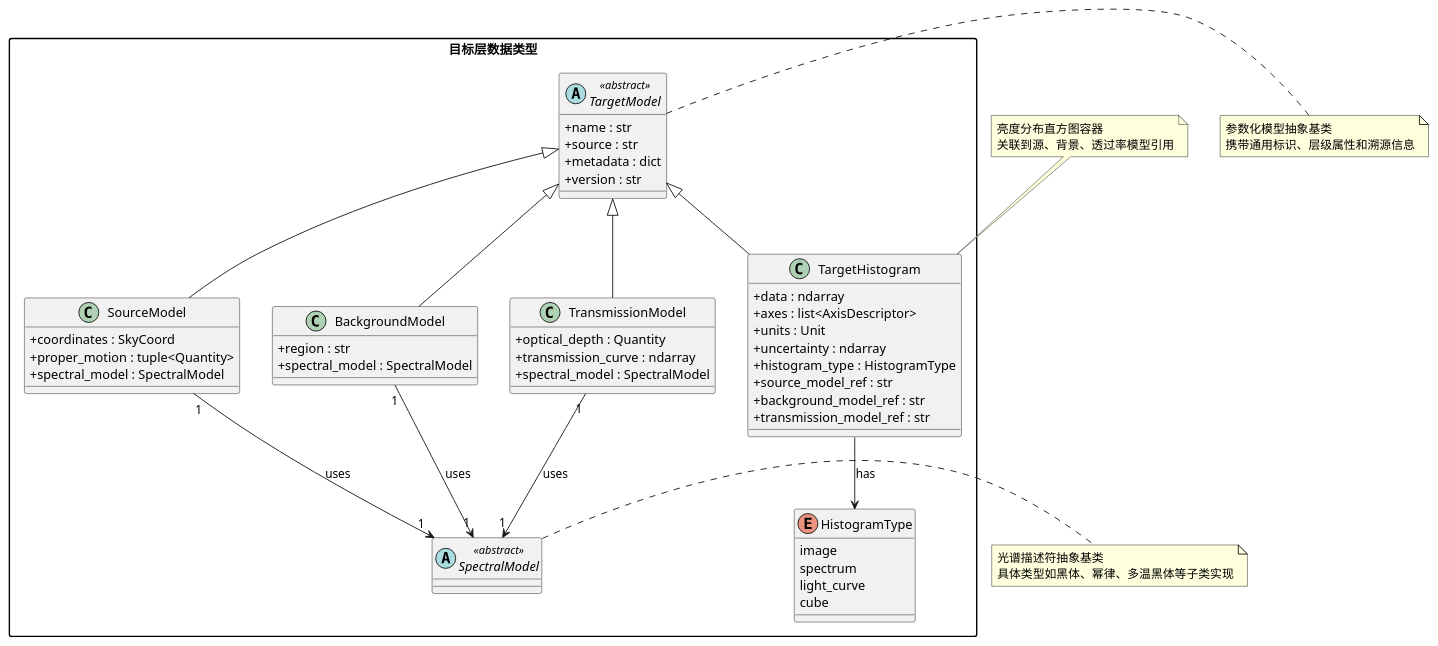
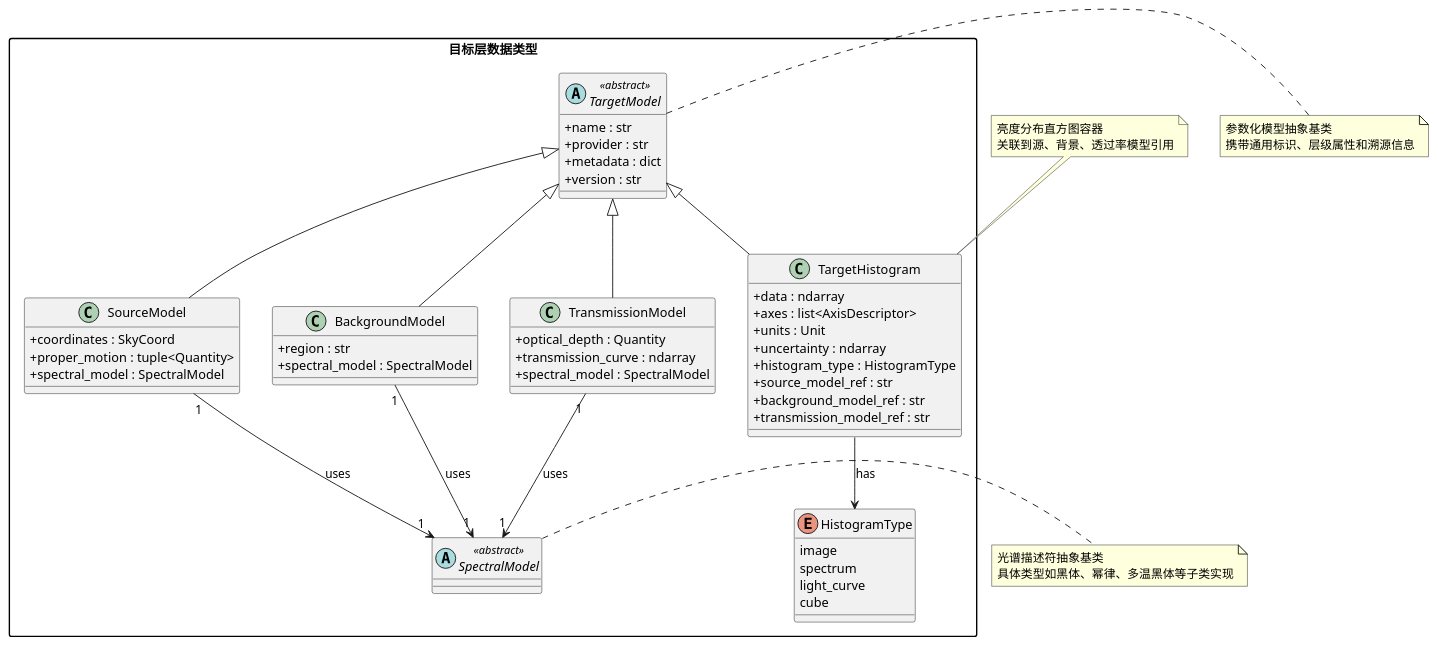
One commit to pigsboss/oasis changed the diagram in docs/diagrams/targets/classes.puml. Above: the diagram before and after it, drawn with PlantUML. The commit also changed 2 other files, not shown here.

Commit message:
refactor: rename TargetModel.source to provider for clarity

```diff
--- a/docs/diagrams/targets/classes.puml
+++ b/docs/diagrams/targets/classes.puml
@@ -1,78 +1,78 @@
 @startuml
 ' 目标层核心类图
 ' 基于 docs/guides/targets.md 4.1 数据类型定义
 
 skinparam classAttributeIconSize 0
 skinparam classFontStyle normal
 skinparam packageStyle rectangle
 
 package "目标层数据类型" {
 
     abstract class TargetModel <<abstract>> {
         + name : str
-        + source : str
+        + provider : str
         + metadata : dict
         + version : str
     }
 
     abstract class SpectralModel <<abstract>> {
     }
 
     class SourceModel extends TargetModel {
         + coordinates : SkyCoord
         + proper_motion : tuple<Quantity>
         + spectral_model : SpectralModel
     }
 
     class BackgroundModel extends TargetModel {
         + region : str
         + spectral_model : SpectralModel
     }
 
     class TransmissionModel extends TargetModel {
         + optical_depth : Quantity
         + transmission_curve : ndarray
         + spectral_model : SpectralModel
     }
 
     class TargetHistogram extends TargetModel {
         + data : ndarray
         + axes : list<AxisDescriptor>
         + units : Unit
         + uncertainty : ndarray
         + histogram_type : HistogramType
         + source_model_ref : str
         + background_model_ref : str
         + transmission_model_ref : str
     }
 
     enum HistogramType {
         image
         spectrum
         light_curve
         cube
     }
 
     SourceModel "1" --> "1" SpectralModel : uses
     BackgroundModel "1" --> "1" SpectralModel : uses
     TransmissionModel "1" --> "1" SpectralModel : uses
     TargetHistogram --> HistogramType : has
 
 }
 
 note right of TargetModel
   参数化模型抽象基类
   携带通用标识、层级属性和溯源信息
 end note
 
 note right of SpectralModel
   光谱描述符抽象基类
   具体类型如黑体、幂律、多温黑体等子类实现
 end note
 
 note top of TargetHistogram
   亮度分布直方图容器
   关联到源、背景、透过率模型引用
 end note
 
 @enduml
```
